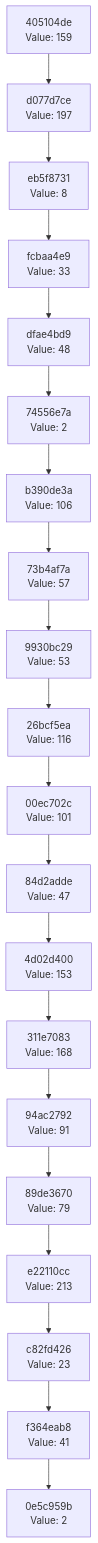
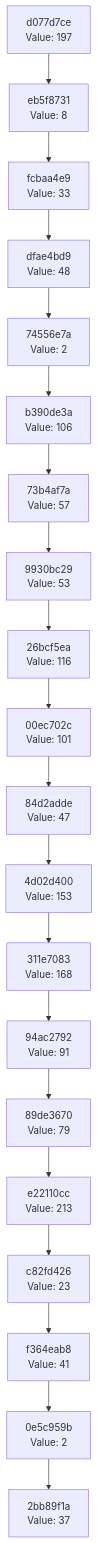
One commit to Abhisheksinha1506/hash-chain-evolver changed the diagram in docs/CHAIN_VISUALIZATION.md. Above: the diagram before and after it, drawn with Mermaid. The commit also changed 1 other file, not shown here.

Commit message:
Evolution step: hash 0x25 → action executed

````diff
--- a/docs/CHAIN_VISUALIZATION.md
+++ b/docs/CHAIN_VISUALIZATION.md
@@ -3,42 +3,42 @@
 ```mermaid
 graph TD
-    C0["0e5c959b<br/>Value: 2"]
-    C1["f364eab8<br/>Value: 41"]
+    C0["2bb89f1a<br/>Value: 37"]
+    C1["0e5c959b<br/>Value: 2"]
     C1 --> C0
-    C2["c82fd426<br/>Value: 23"]
+    C2["f364eab8<br/>Value: 41"]
     C2 --> C1
-    C3["e22110cc<br/>Value: 213"]
+    C3["c82fd426<br/>Value: 23"]
     C3 --> C2
-    C4["89de3670<br/>Value: 79"]
+    C4["e22110cc<br/>Value: 213"]
     C4 --> C3
-    C5["94ac2792<br/>Value: 91"]
+    C5["89de3670<br/>Value: 79"]
     C5 --> C4
-    C6["311e7083<br/>Value: 168"]
+    C6["94ac2792<br/>Value: 91"]
     C6 --> C5
-    C7["4d02d400<br/>Value: 153"]
+    C7["311e7083<br/>Value: 168"]
     C7 --> C6
-    C8["84d2adde<br/>Value: 47"]
+    C8["4d02d400<br/>Value: 153"]
     C8 --> C7
-    C9["00ec702c<br/>Value: 101"]
+    C9["84d2adde<br/>Value: 47"]
     C9 --> C8
-    C10["26bcf5ea<br/>Value: 116"]
+    C10["00ec702c<br/>Value: 101"]
     C10 --> C9
-    C11["9930bc29<br/>Value: 53"]
+    C11["26bcf5ea<br/>Value: 116"]
     C11 --> C10
-    C12["73b4af7a<br/>Value: 57"]
+    C12["9930bc29<br/>Value: 53"]
     C12 --> C11
-    C13["b390de3a<br/>Value: 106"]
+    C13["73b4af7a<br/>Value: 57"]
     C13 --> C12
-    C14["74556e7a<br/>Value: 2"]
+    C14["b390de3a<br/>Value: 106"]
     C14 --> C13
-    C15["dfae4bd9<br/>Value: 48"]
+    C15["74556e7a<br/>Value: 2"]
     C15 --> C14
-    C16["fcbaa4e9<br/>Value: 33"]
+    C16["dfae4bd9<br/>Value: 48"]
     C16 --> C15
-    C17["eb5f8731<br/>Value: 8"]
+    C17["fcbaa4e9<br/>Value: 33"]
     C17 --> C16
-    C18["d077d7ce<br/>Value: 197"]
+    C18["eb5f8731<br/>Value: 8"]
     C18 --> C17
-    C19["405104de<br/>Value: 159"]
+    C19["d077d7ce<br/>Value: 197"]
     C19 --> C18
 ```
````
